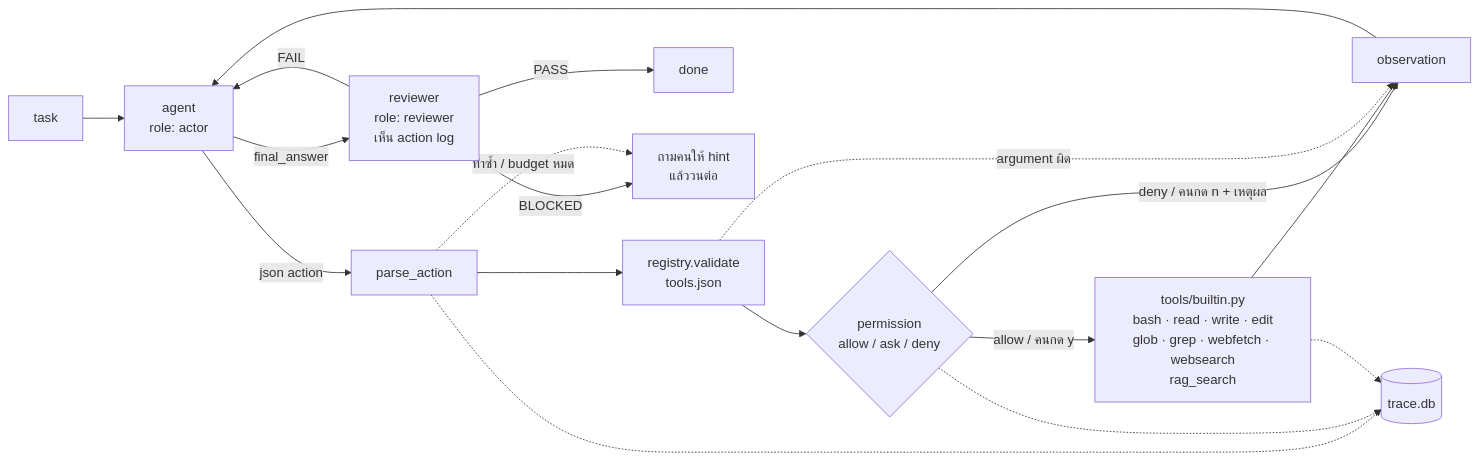
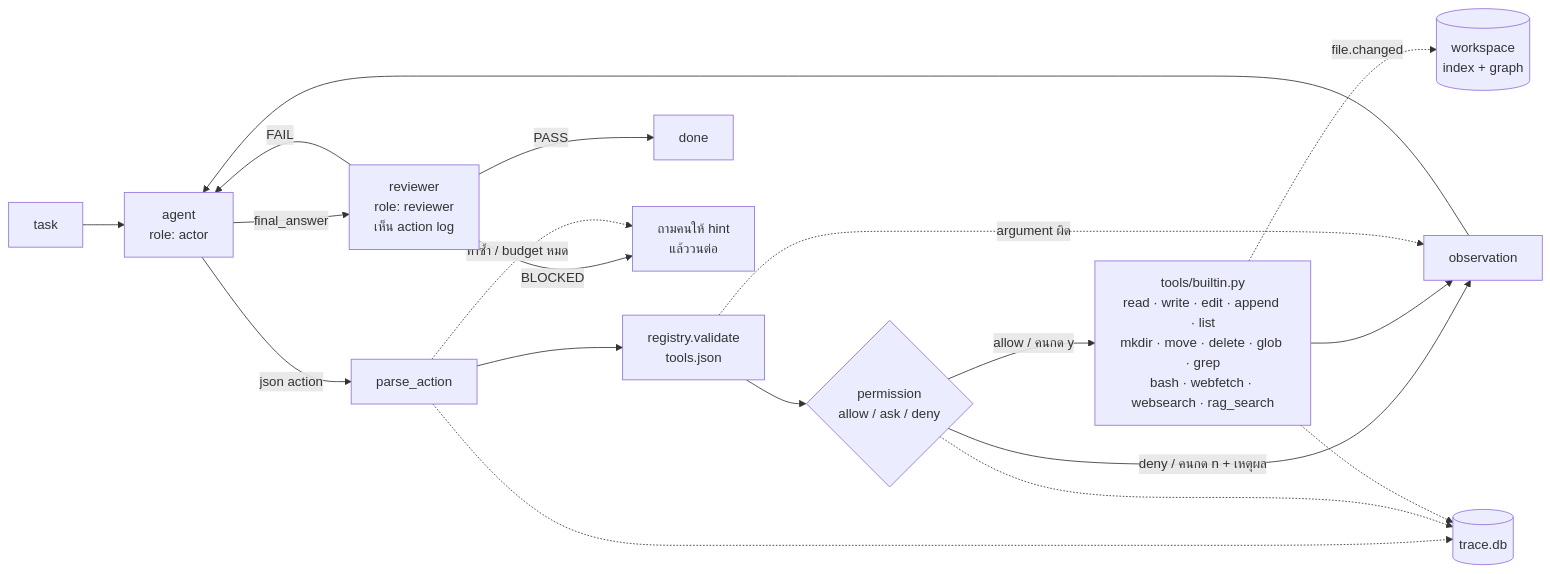
Before and after one commit to NithichoteC/mini-agent: the diagram in README.md, drawn with Mermaid. The commit also changed other lines of this file and 4 other files, not shown here.

First line of the commit message:
docs: README, dev_mem and ADRs for the notes workspace and GraphRAG

````diff
--- a/README.md
+++ b/README.md
@@ -13,18 +15,19 @@
 ```mermaid
 flowchart LR
     T[task] --> M[agent<br/>role: actor]
     M -->|json action| P[parse_action]
     P --> V[registry.validate<br/>tools.json]
     V --> G{permission<br/>allow / ask / deny}
-    G -->|allow / คนกด y| X[tools/builtin.py<br/>bash · read · write · edit<br/>glob · grep · webfetch · websearch<br/>rag_search]
+    G -->|allow / คนกด y| X[tools/builtin.py<br/>read · write · edit · append · list<br/>mkdir · move · delete · glob · grep<br/>bash · webfetch · websearch · rag_search]
     G -->|deny / คนกด n + เหตุผล| O
     X --> O[observation]
+    X -.->|file.changed| W[(workspace<br/>index + graph)]
     O --> M
     V -.->|argument ผิด| O
     P & G & X -.-> TR[(trace.db)]
     M -->|final_answer| R[reviewer<br/>role: reviewer<br/>เห็น action log]
     R -->|PASS| D[done]
     R -->|FAIL| M
     R -->|BLOCKED| H[ถามคนให้ hint<br/>แล้ววนต่อ]
     P -.->|ทำซ้ำ / budget หมด| H
 ```
````
